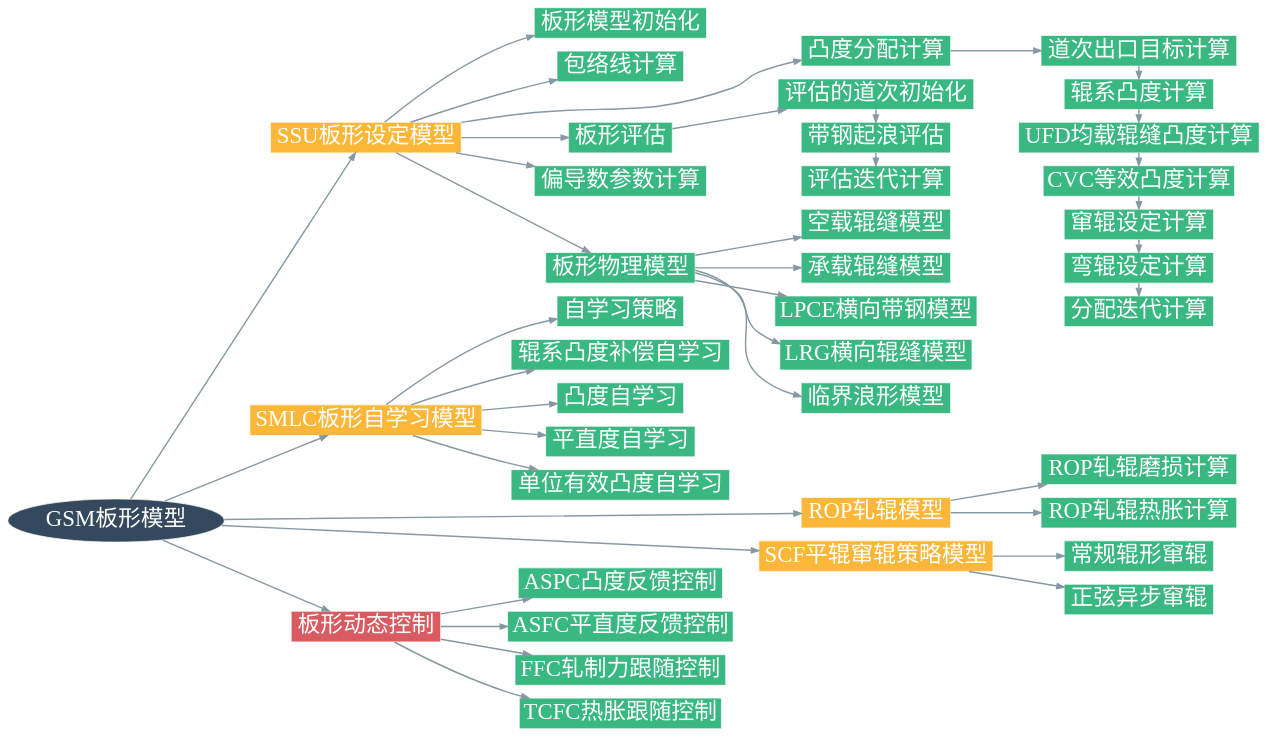
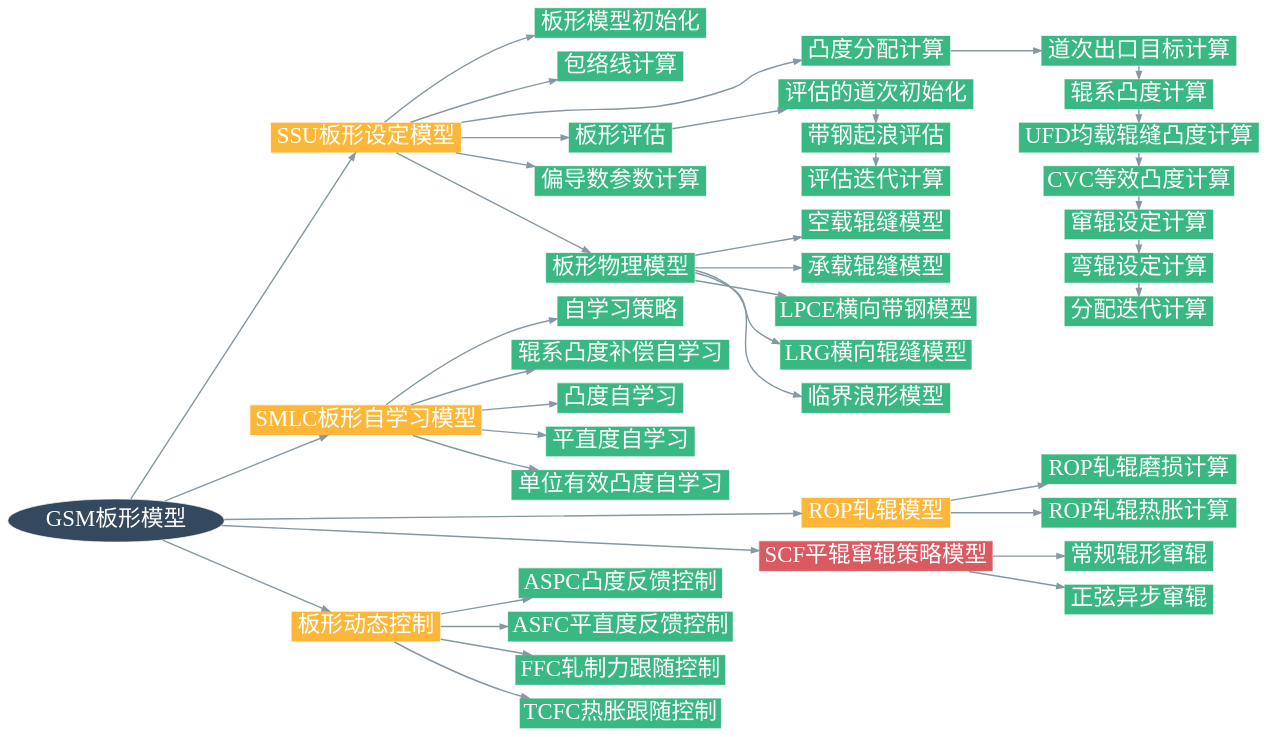
The diagram in docs/anatomy/anatomy_gsm.dot (nekohor/digestion_of_shape_model), drawn with Graphviz before and after one commit. The commit also changed 36 other files, not shown here.

```diff
--- a/docs/anatomy/anatomy_gsm.dot
+++ b/docs/anatomy/anatomy_gsm.dot
@@ -1,149 +1,149 @@
 digraph G{  
     //node [shape=plaintext, fontname="Microsoft Yahei、Inziu Iosevka SC"];
     //graph [
         //charset = "UTF-8";
 
         // = "#343434",
         //fontcolor = white,
         //fontsize = 18,
         //style = "filled",
         rankdir = LR;
         margin = 1.2;
         //splines = spline,
         //ranksep = 1.0,
         //nodesep = 0.9
         //fillcolor="#DA5A62"  // 红色
     //];
     //compound=true;
     node [style="filled";
           //colorscheme="greys4";
           shape="box";
           fontname = "Inziu Iosevka SC";
           fontsize = 32,
           fontcolor = "#FFFFFF",
           color="#FFFFFF",
           size="5,5";
           fillcolor="#3AB882";
           distortion=.7;
     ];
     edge [style="bold";
           fontname = "Inziu Iosevka SC";
           fontsize = 22;
           fontcolor="#8699A3";
           color="#8699A3";
           //peripheries="3";
     ];
 
     GSM[label="GSM板形模型" shape="oval" fontcolor="white" fillcolor="#34495D"];
 
     SSU[label="SSU板形设定模型" fillcolor="#FCB738" ];
     SSU_init[label="板形模型初始化"];
     SSU_env[label="包络线计算"];
     SSU_alc[label="凸度分配计算"];
     SSU_evl[label="板形评估"];
     SSU_xfer_func[label="偏导数参数计算"];
     SSU_physical_model[label="板形物理模型"];
 
     {
         SSU_delivery_pass_targets[label="道次出口目标计算"];
         SSU_roll_stack_crowns[label="辊系凸度计算"];
         SSU_UFD_calc[label="UFD均载辊缝凸度计算"];
         SSU_roll_grnd_calc[label="CVC等效凸度计算"];
         SSU_pos_shft_actuator[label="窜辊设定计算"];
         SSU_bend_frc_actuator[label="弯辊设定计算"];
         SSU_alc_cycle_calc[label="分配迭代计算"];
         {
             rank=same;
             SSU_delivery_pass_targets->SSU_roll_stack_crowns;
             SSU_roll_stack_crowns->SSU_UFD_calc;
             SSU_UFD_calc->SSU_roll_grnd_calc;
             SSU_roll_grnd_calc->SSU_pos_shft_actuator;
             SSU_pos_shft_actuator->SSU_bend_frc_actuator;
             SSU_bend_frc_actuator->SSU_alc_cycle_calc;
         }
 
     }
 
     {
         SSU_evl_initialize_first_pass_entry[label="评估的道次初始化"];
         SSU_evaluate_strip[label="带钢起浪评估"];
         SSU_evl_cycle_calc[label="评估迭代计算"];
         {
             rank="same";
             SSU_evl_initialize_first_pass_entry->SSU_evaluate_strip;
             SSU_evaluate_strip->SSU_evl_cycle_calc;
         }
         
     }
 
     {
         unloaded_roll_gap_model[label="空载辊缝模型"];
         loaded_roll_gap_model[label="承载辊缝模型"];
         LPCE[label="LPCE横向带钢模型"];
         LRG[label="LRG横向辊缝模型"];
         critical_buckling_model[label="临界浪形模型"];
     }
 
 
 
 
     SMLC[label="SMLC板形自学习模型" fillcolor="#FCB738"];
     adaptation_strategy[label="自学习策略"];
     wr_crn_off_adj[label="辊系凸度补偿自学习"];
     profile_adapt[label="凸度自学习"];
     flatness_adapt[label="平直度自学习"];
     pu_eff_profile_adapt[label="单位有效凸度自学习"];
 
 
     ROP[label="ROP轧辊模型" fillcolor="#FCB738"];
     ROP_wear[label="ROP轧辊磨损计算"];
     ROP_thermal[label="ROP轧辊热胀计算"];
 
-    SCF[label="SCF平辊窜辊策略模型" fillcolor="#FCB738"];
+    SCF[label="SCF平辊窜辊策略模型" fillcolor="#FCB738" fillcolor="#DA5A62"];
     SCF_normal[label="常规辊形窜辊"];
     SCF_sin[label="正弦异步窜辊"];
 
-    SMDC[label="板形动态控制" fillcolor="#FCB738"  fillcolor="#DA5A62"];
+    SMDC[label="板形动态控制" fillcolor="#FCB738"];
     ASPC[label="ASPC凸度反馈控制"];
     ASFC[label="ASFC平直度反馈控制"];
     FFC[label="FFC轧制力跟随控制"];
     TCFC[label="TCFC热胀跟随控制"];
 
     // global
     GSM->{SSU SMLC ROP SCF SMDC}
     SSU->{SSU_init SSU_env SSU_alc SSU_evl SSU_xfer_func SSU_physical_model};
     SMLC->{
 
             adaptation_strategy;
             wr_crn_off_adj;
             profile_adapt;
             flatness_adapt;
             pu_eff_profile_adapt;  
     };
     SSU_alc->SSU_delivery_pass_targets;
     SSU_evl->SSU_evl_initialize_first_pass_entry;
 
     {
         rank=same
         SSU_alc loaded_roll_gap_model
     }
     SSU_physical_model->{
         unloaded_roll_gap_model
         loaded_roll_gap_model
         LPCE
         LRG
         critical_buckling_model
     };
 
     ROP->{ROP_wear ROP_thermal};
     {
         rank=same;
         ROP_wear ROP_thermal SSU_roll_stack_crowns
     }
     SCF->{SCF_normal SCF_sin};
     {
         rank=same;
         SCF_normal SCF_sin SSU_pos_shft_actuator
     }    
     SMDC->{ASPC ASFC FFC TCFC};
 }  
```
